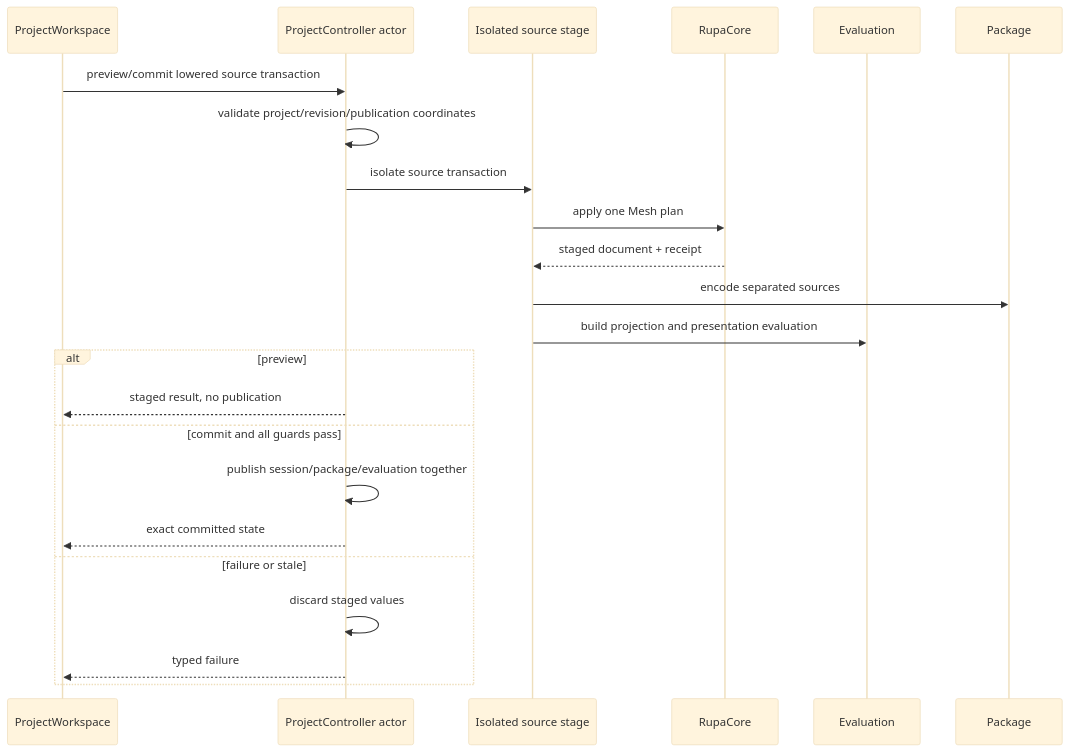
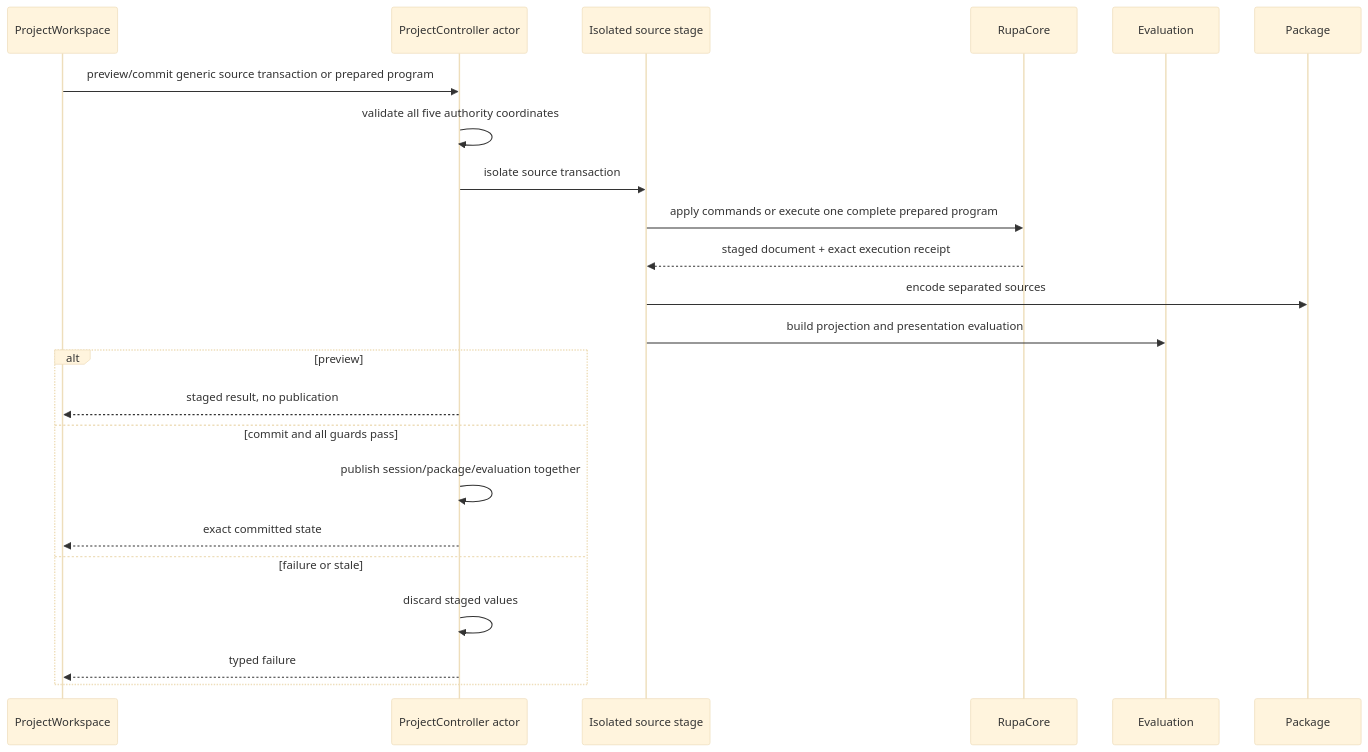
Before and after one commit to 1amageek/Rupa: the third of 4 diagrams in RupaKit/Sources/RupaProject/DESIGN.md, drawn with Mermaid (base theme). The commit also changed other lines of this file and 43 other files, not shown here.

Commit message:
Publish semantic CAD programs through project authority

````diff
--- a/RupaKit/Sources/RupaProject/DESIGN.md
+++ b/RupaKit/Sources/RupaProject/DESIGN.md
@@ -126,26 +137,26 @@
 ```mermaid
 sequenceDiagram
     participant W as ProjectWorkspace
     participant P as ProjectController actor
     participant S as Isolated source stage
     participant C as RupaCore
     participant E as Evaluation
     participant K as Package
 
-    W->>P: preview/commit lowered source transaction
-    P->>P: validate project/revision/publication coordinates
+    W->>P: preview/commit generic source transaction or prepared program
+    P->>P: validate all five authority coordinates
     P->>S: isolate source transaction
-    S->>C: apply one Mesh plan
-    C-->>S: staged document + receipt
+    S->>C: apply commands or execute one complete prepared program
+    C-->>S: staged document + exact execution receipt
     S->>K: encode separated sources
     S->>E: build projection and presentation evaluation
     alt preview
         P-->>W: staged result, no publication
     else commit and all guards pass
         P->>P: publish session/package/evaluation together
         P-->>W: exact committed state
     else failure or stale
         P->>P: discard staged values
         P-->>W: typed failure
     end
 ```
````
